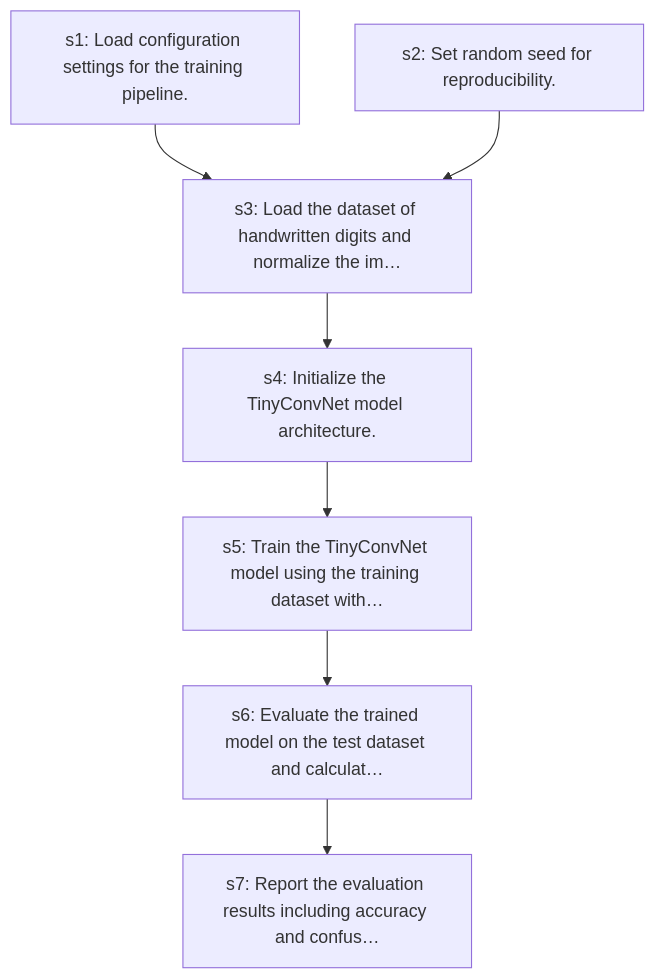
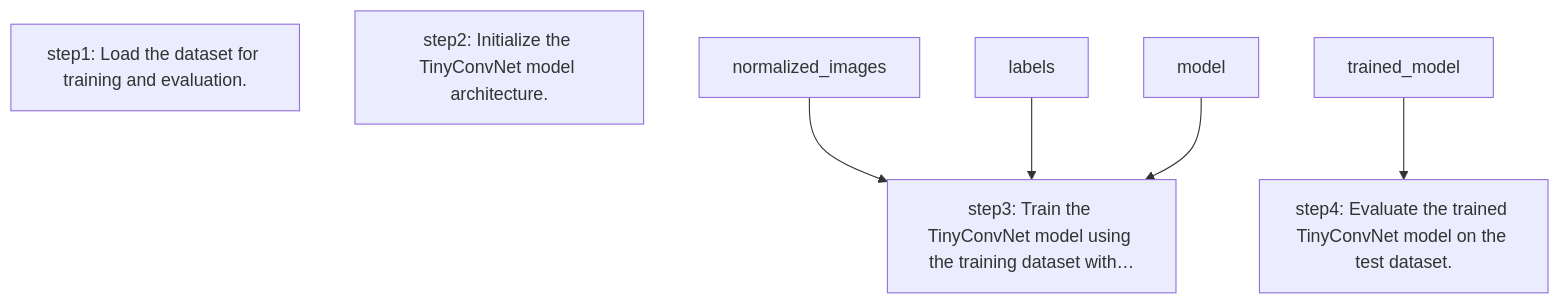
The diagram in samples/cnn_classifier/precomputed/dag.mmd (Yukieos/paper2code-plus), drawn with Mermaid before and after one commit. The commit also changed 23 other files, not shown here.

```diff
--- a/samples/cnn_classifier/precomputed/dag.mmd
+++ b/samples/cnn_classifier/precomputed/dag.mmd
@@ -1,14 +1,9 @@
 flowchart TD
-  s1["s1: Load configuration settings for the training pipeline."]
-  s2["s2: Set random seed for reproducibility."]
-  s3["s3: Load the dataset of handwritten digits and normalize the im…"]
-  s4["s4: Initialize the TinyConvNet model architecture."]
-  s5["s5: Train the TinyConvNet model using the training dataset with…"]
-  s6["s6: Evaluate the trained model on the test dataset and calculat…"]
-  s7["s7: Report the evaluation results including accuracy and confus…"]
-  s1 --> s3
-  s2 --> s3
-  s3 --> s4
-  s4 --> s5
-  s5 --> s6
-  s6 --> s7
+  step1["step1: Load the dataset for training and evaluation."]
+  step2["step2: Initialize the TinyConvNet model architecture."]
+  step3["step3: Train the TinyConvNet model using the training dataset with…"]
+  step4["step4: Evaluate the trained TinyConvNet model on the test dataset."]
+  normalized_images --> step3
+  labels --> step3
+  model --> step3
+  trained_model --> step4
```
